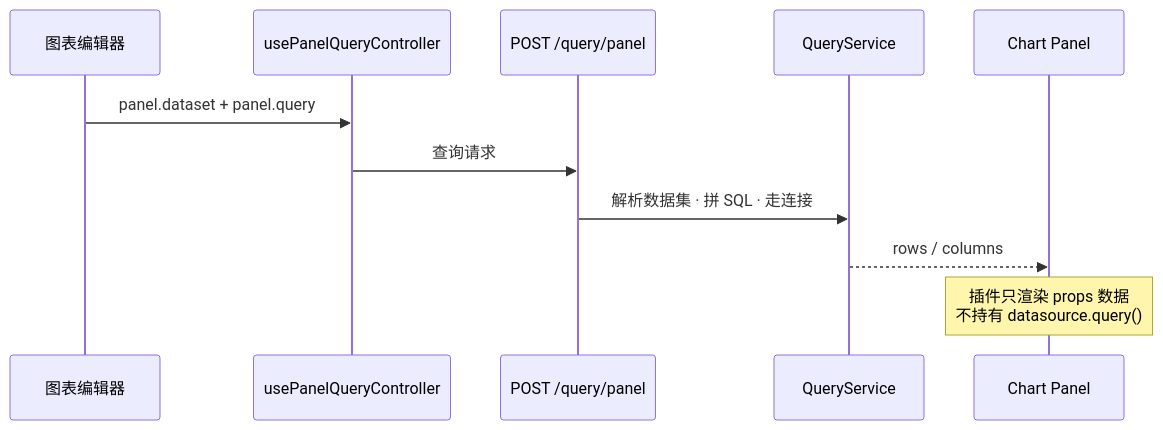
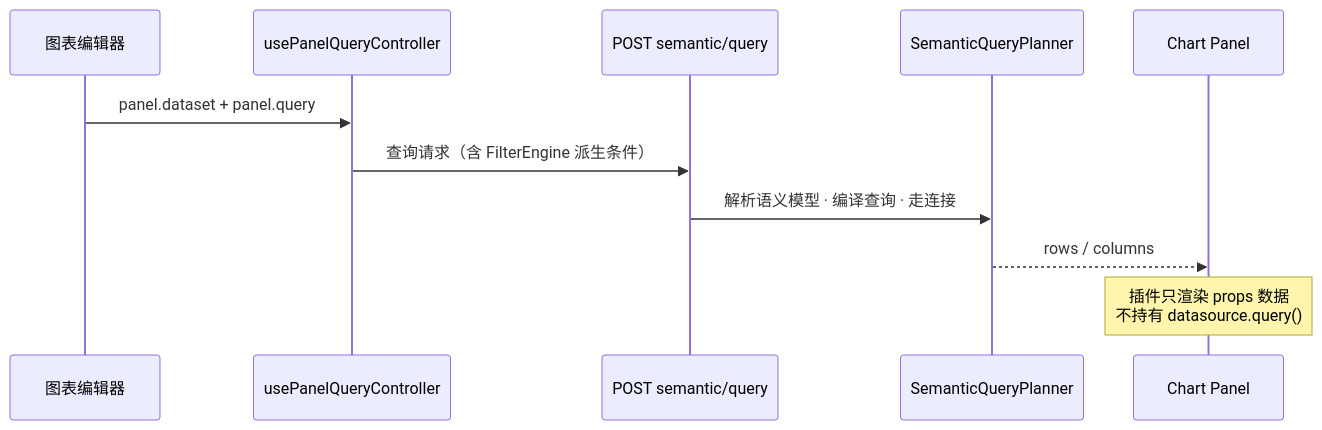
One commit to DataLuminary/docs changed the second of 2 diagrams in docs/develop/architecture.md. Above: the diagram before and after it, drawn with Mermaid. The commit also changed other lines of this file and 28 other files, not shown here.

````diff
--- a/docs/develop/architecture.md
+++ b/docs/develop/architecture.md
@@ -116,14 +116,14 @@
 ```mermaid
 sequenceDiagram
   participant Ed as 图表编辑器
   participant Q as usePanelQueryController
-  participant API as POST /query/panel
-  participant QS as QueryService
+  participant API as POST semantic/query
+  participant QS as SemanticQueryPlanner
   participant P as Chart Panel
 
   Ed->>Q: panel.dataset + panel.query
-  Q->>API: 查询请求
-  API->>QS: 解析数据集 · 拼 SQL · 走连接
+  Q->>API: 查询请求（含 FilterEngine 派生条件）
+  API->>QS: 解析语义模型 · 编译查询 · 走连接
   QS-->>P: rows / columns
   Note over P: 插件只渲染 props 数据<br/>不持有 datasource.query()
 ```
````
